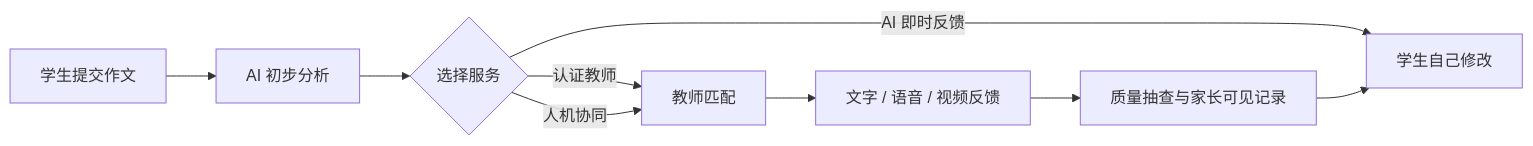
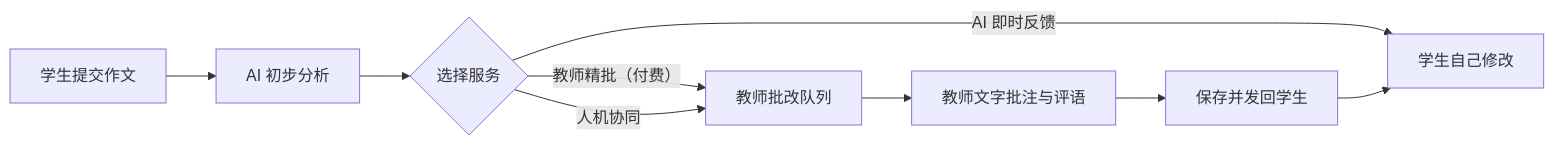
One commit to gracetang0925/hongbi changed the third of 5 diagrams in README.md. Above: the diagram before and after it, drawn with Mermaid. The commit also changed other lines of this file, not shown here.

````diff
--- a/README.md
+++ b/README.md
@@ -178,11 +183,11 @@
 ```mermaid
 flowchart LR
     S["学生提交作文"] --> A["AI 初步分析"]
     A --> Q{"选择服务"}
     Q -->|"AI 即时反馈"| R["学生自己修改"]
-    Q -->|"认证教师"| M["教师匹配"]
+    Q -->|"教师精批（付费）"| M["教师批改队列"]
     Q -->|"人机协同"| M
-    M --> T["文字 / 语音 / 视频反馈"]
-    T --> V["质量抽查与家长可见记录"]
+    M --> T["教师文字批注与评语"]
+    T --> V["保存并发回学生"]
     V --> R
 ```
````
